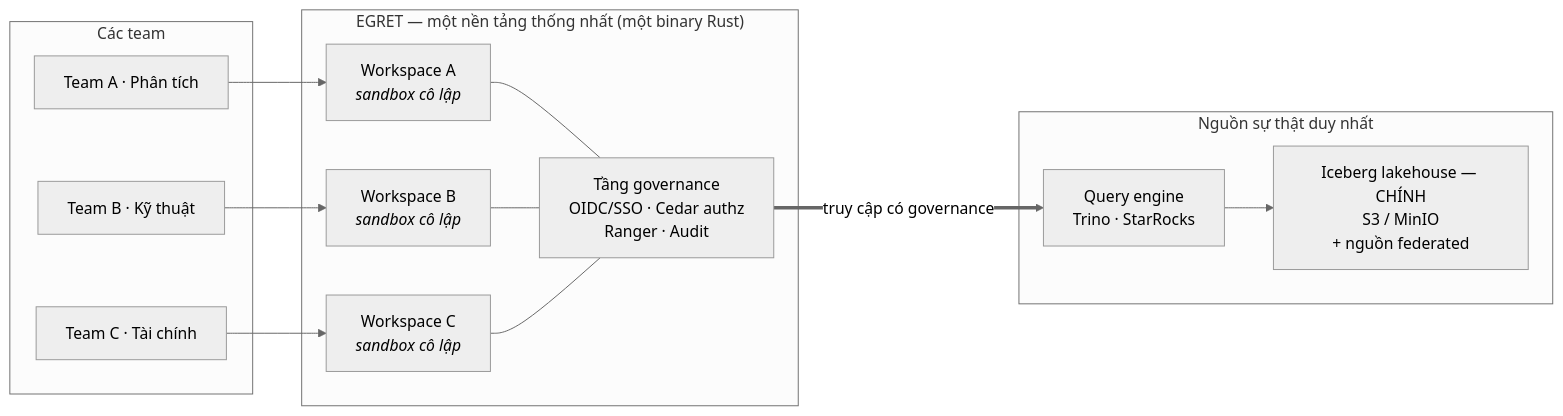
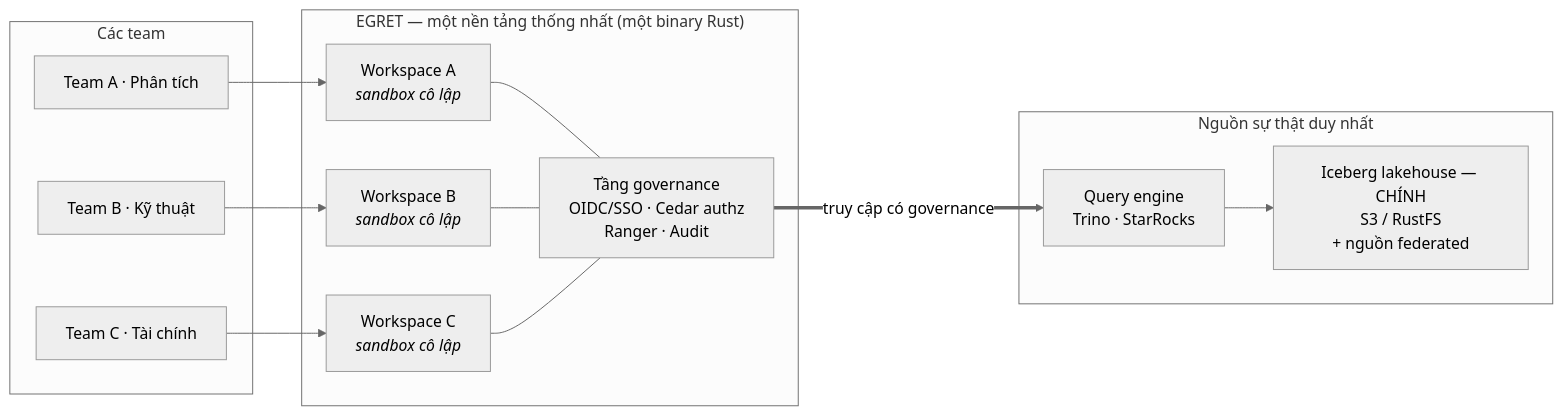
The first of 7 diagrams in README.vi.md (egret-data/platform), drawn with Mermaid (neutral theme) before and after one commit. The commit also changed other lines of this file and 58 other files, not shown here.

First line of the commit message:
chore: rename MinIO to RustFS everywhere the stack is live

````diff
--- a/README.vi.md
+++ b/README.vi.md
@@ -32,29 +32,29 @@
 ```mermaid
 flowchart LR
     subgraph TEAMS["Các team"]
         A["Team A · Phân tích"]
         B["Team B · Kỹ thuật"]
         C["Team C · Tài chính"]
     end
 
     subgraph EGRET["EGRET — một nền tảng thống nhất (một binary Rust)"]
         WA["Workspace A<br/><i>sandbox cô lập</i>"]
         WB["Workspace B<br/><i>sandbox cô lập</i>"]
         WC["Workspace C<br/><i>sandbox cô lập</i>"]
         GOV["Tầng governance<br/>OIDC/SSO · Cedar authz<br/>Ranger · Audit"]
         WA --- GOV
         WB --- GOV
         WC --- GOV
     end
 
     subgraph SOT["Nguồn sự thật duy nhất"]
         ENG["Query engine<br/>Trino · StarRocks"]
-        LAKE["Iceberg lakehouse — CHÍNH<br/>S3 / MinIO<br/>+ nguồn federated"]
+        LAKE["Iceberg lakehouse — CHÍNH<br/>S3 / RustFS<br/>+ nguồn federated"]
     end
 
     A --> WA
     B --> WB
     C --> WC
     GOV ==>|"truy cập có governance"| ENG
     ENG --> LAKE
 ```
````
